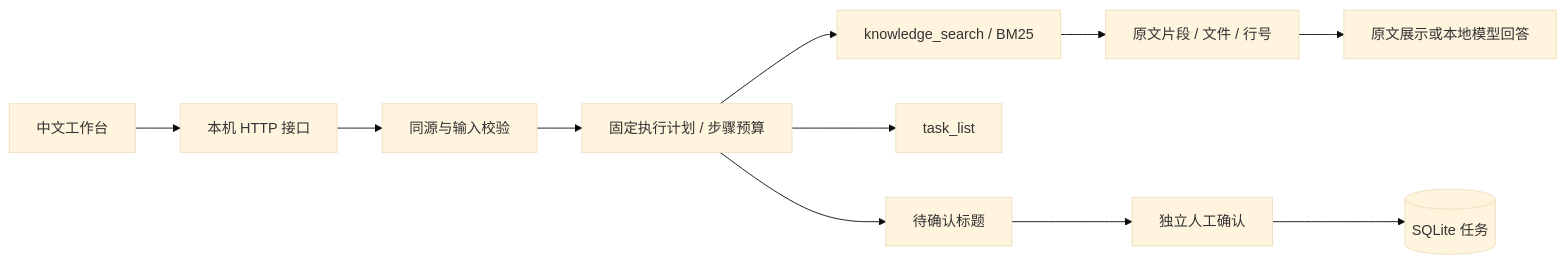
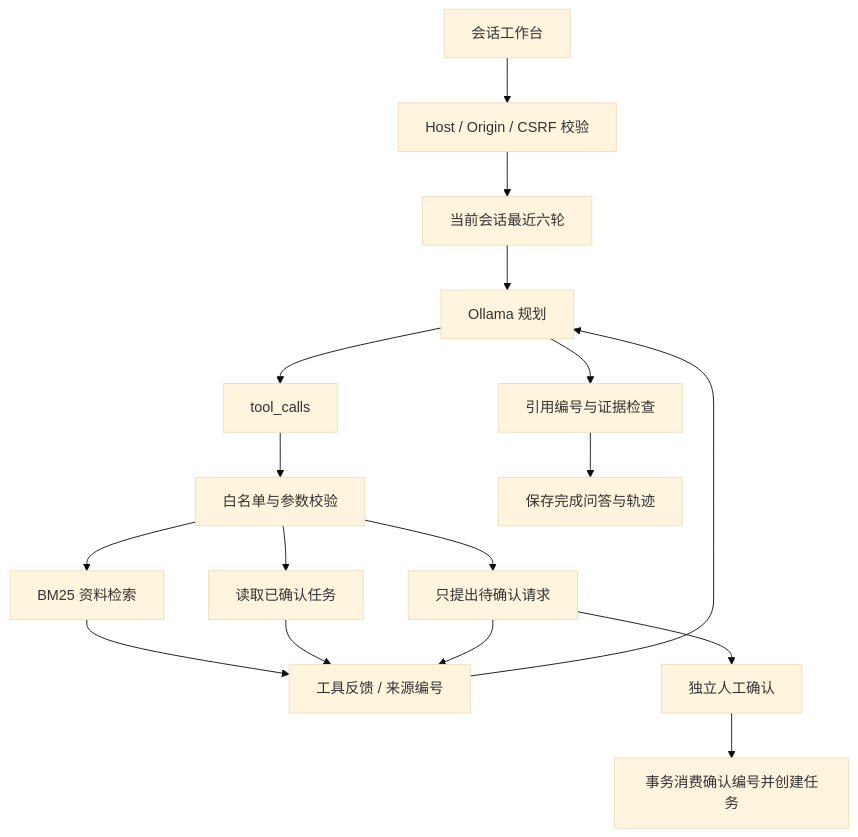
Before and after one commit to bigbang1438/evidence-agent: the diagram in README.md, drawn with Mermaid (base theme). The commit also changed other lines of this file, not shown here.

````diff
--- a/README.md
+++ b/README.md
@@ -68,13 +57,19 @@
 ```mermaid
-flowchart LR
-    UI[中文工作台] --> API[本机 HTTP 接口]
-    API --> Validate[同源与输入校验]
-    Validate --> Plan[固定执行计划 / 步骤预算]
-    Plan --> Search[knowledge_search / BM25]
-    Plan --> List[task_list]
-    Search --> Evidence[原文片段 / 文件 / 行号]
-    Evidence --> Answer[原文展示或本地模型回答]
-    Plan --> Pending[待确认标题]
-    Pending --> Confirm[独立人工确认]
-    Confirm --> DB[(SQLite 任务)]
+flowchart TD
+    UI[会话工作台] --> API[Host / Origin / CSRF 校验]
+    API --> History[当前会话最近六轮]
+    History --> Model[Ollama 规划]
+    Model --> Calls[tool_calls]
+    Calls --> Validate[白名单与参数校验]
+    Validate --> Search[BM25 资料检索]
+    Validate --> List[读取已确认任务]
+    Validate --> Pending[只提出待确认请求]
+    Search --> Observation[工具反馈 / 来源编号]
+    List --> Observation
+    Pending --> Observation
+    Observation --> Model
+    Model --> Cite[引用编号与证据检查]
+    Cite --> Save[保存完成问答与轨迹]
+    Pending --> Human[独立人工确认]
+    Human --> Tx[事务消费确认编号并创建任务]
 ```
````
